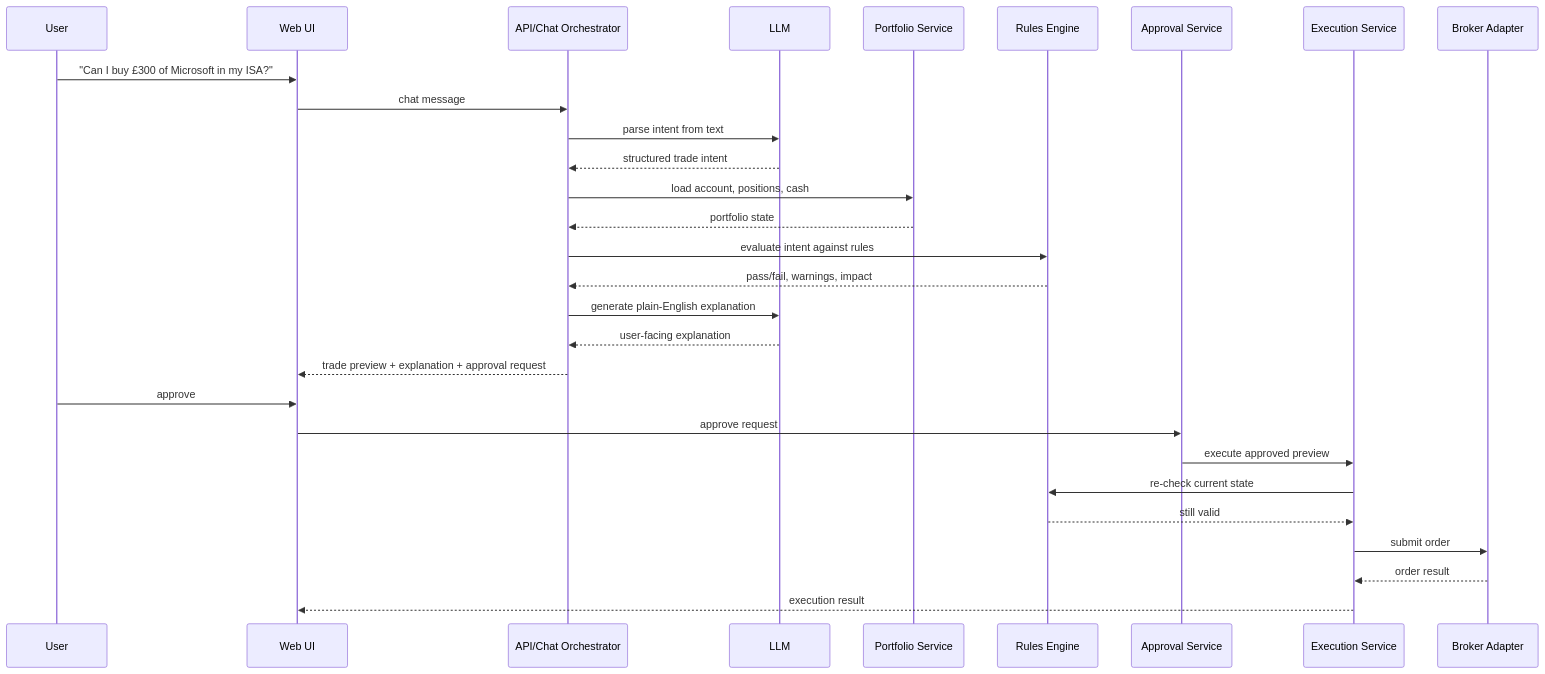
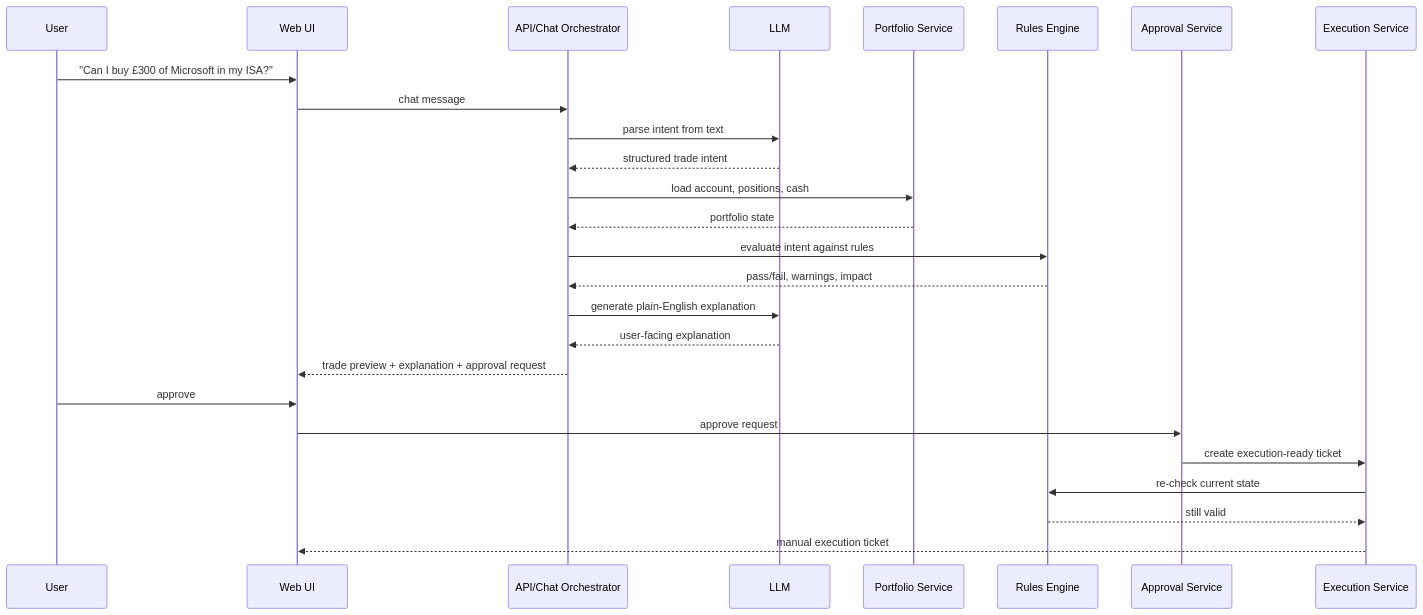
The diagram in docs/butr-mvp-architecture.md (CraigWatt/Butr), drawn with Mermaid before and after one commit. The commit also changed other lines of this file and 15 other files, not shown here.

````diff
--- a/docs/butr-mvp-architecture.md
+++ b/docs/butr-mvp-architecture.md
@@ -329,32 +329,29 @@
 ```mermaid
 sequenceDiagram
     participant U as User
     participant W as Web UI
     participant A as API/Chat Orchestrator
     participant L as LLM
     participant P as Portfolio Service
     participant R as Rules Engine
     participant AP as Approval Service
     participant E as Execution Service
-    participant B as Broker Adapter
 
     U->>W: "Can I buy £300 of Microsoft in my ISA?"
     W->>A: chat message
     A->>L: parse intent from text
     L-->>A: structured trade intent
     A->>P: load account, positions, cash
     P-->>A: portfolio state
     A->>R: evaluate intent against rules
     R-->>A: pass/fail, warnings, impact
     A->>L: generate plain-English explanation
     L-->>A: user-facing explanation
     A-->>W: trade preview + explanation + approval request
     U->>W: approve
     W->>AP: approve request
-    AP->>E: execute approved preview
+    AP->>E: create execution-ready ticket
     E->>R: re-check current state
     R-->>E: still valid
-    E->>B: submit order
-    B-->>E: order result
-    E-->>W: execution result
+    E-->>W: manual execution ticket
 ```
````
